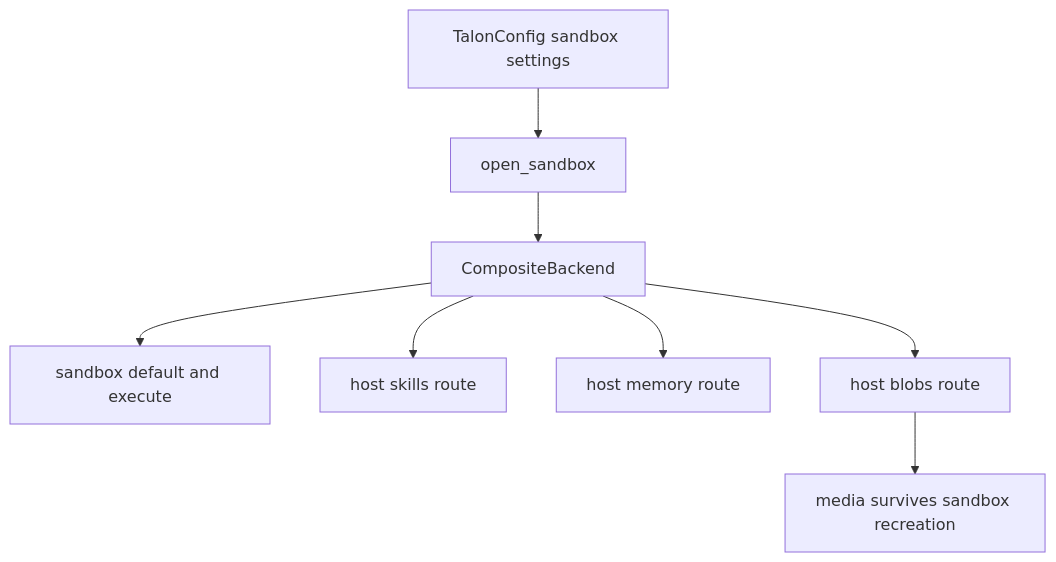
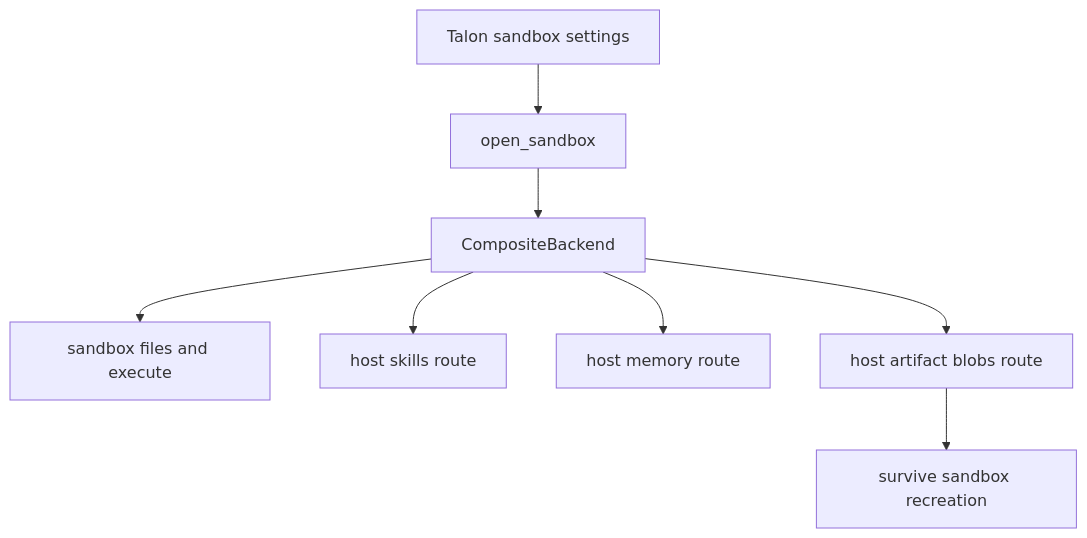
The fourth of 4 diagrams in openwiki/architecture/source-map.md (langchain-ai/deepagents), drawn with Mermaid before and after one commit. The commit also changed other lines of this file and 34 other files, not shown here.

````diff
--- a/openwiki/architecture/source-map.md
+++ b/openwiki/architecture/source-map.md
@@ -151,10 +145,10 @@
 ```mermaid
 flowchart TD
-  Config["TalonConfig sandbox settings"] --> Open["open_sandbox"]
-  Open --> Backend["CompositeBackend"]
-  Backend --> Remote["sandbox default and execute"]
-  Backend --> Skills["host skills route"]
-  Backend --> Memory["host memory route"]
-  Backend --> Blobs["host blobs route"]
-  Blobs --> Persist["media survives sandbox recreation"]
+  Settings["Talon sandbox settings"] --> Open["open_sandbox"]
+  Open --> Composite["CompositeBackend"]
+  Composite --> Default["sandbox files and execute"]
+  Composite --> Skills["host skills route"]
+  Composite --> Memory["host memory route"]
+  Composite --> Blobs["host artifact blobs route"]
+  Blobs --> Durable["survive sandbox recreation"]
 ```
````
